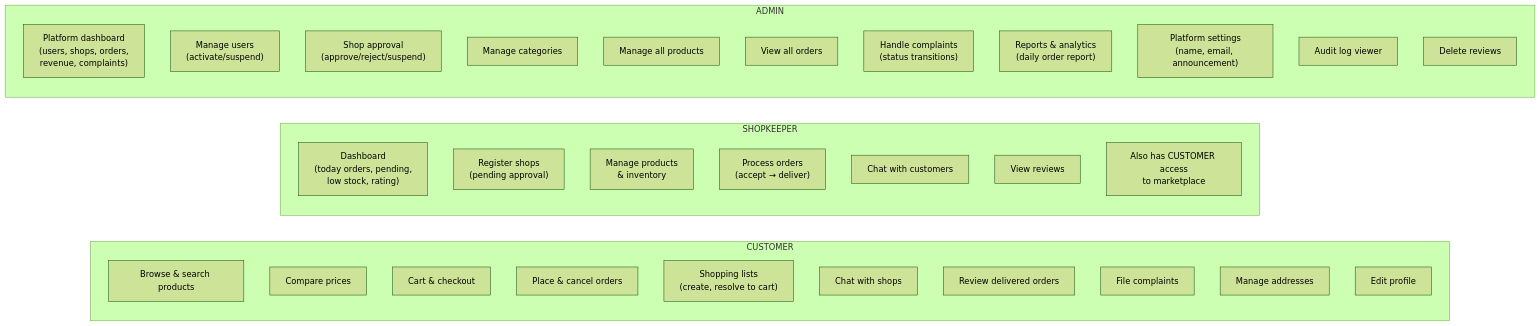
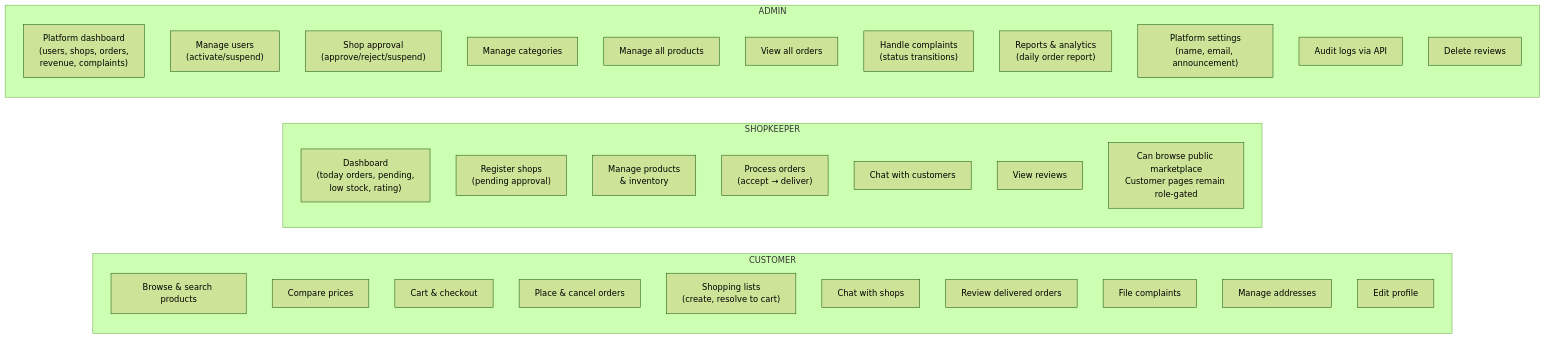
One commit to Xabhi0811/Kirana changed the eighth of 11 diagrams in README.md. Above: the diagram before and after it, drawn with Mermaid (forest theme). The commit also changed other lines of this file, not shown here.

````diff
--- a/README.md
+++ b/README.md
@@ -769,39 +777,39 @@
 ```mermaid
 flowchart LR
     subgraph "CUSTOMER"
         C1["Browse & search products"]
         C2["Compare prices"]
         C3["Cart & checkout"]
         C4["Place & cancel orders"]
         C5["Shopping lists\n(create, resolve to cart)"]
         C6["Chat with shops"]
         C7["Review delivered orders"]
         C8["File complaints"]
         C9["Manage addresses"]
         C10["Edit profile"]
     end
 
     subgraph "SHOPKEEPER"
         S1["Dashboard\n(today orders, pending,\nlow stock, rating)"]
         S2["Register shops\n(pending approval)"]
         S3["Manage products\n& inventory"]
         S4["Process orders\n(accept → deliver)"]
         S5["Chat with customers"]
         S6["View reviews"]
-        S7["Also has CUSTOMER access\nto marketplace"]
+        S7["Can browse public marketplace\nCustomer pages remain role-gated"]
     end
 
     subgraph "ADMIN"
         A1["Platform dashboard\n(users, shops, orders,\nrevenue, complaints)"]
         A2["Manage users\n(activate/suspend)"]
         A3["Shop approval\n(approve/reject/suspend)"]
         A4["Manage categories"]
         A5["Manage all products"]
         A6["View all orders"]
         A7["Handle complaints\n(status transitions)"]
         A8["Reports & analytics\n(daily order report)"]
         A9["Platform settings\n(name, email, announcement)"]
-        A10["Audit log viewer"]
+        A10["Audit logs via API"]
         A11["Delete reviews"]
     end
 ```
````
